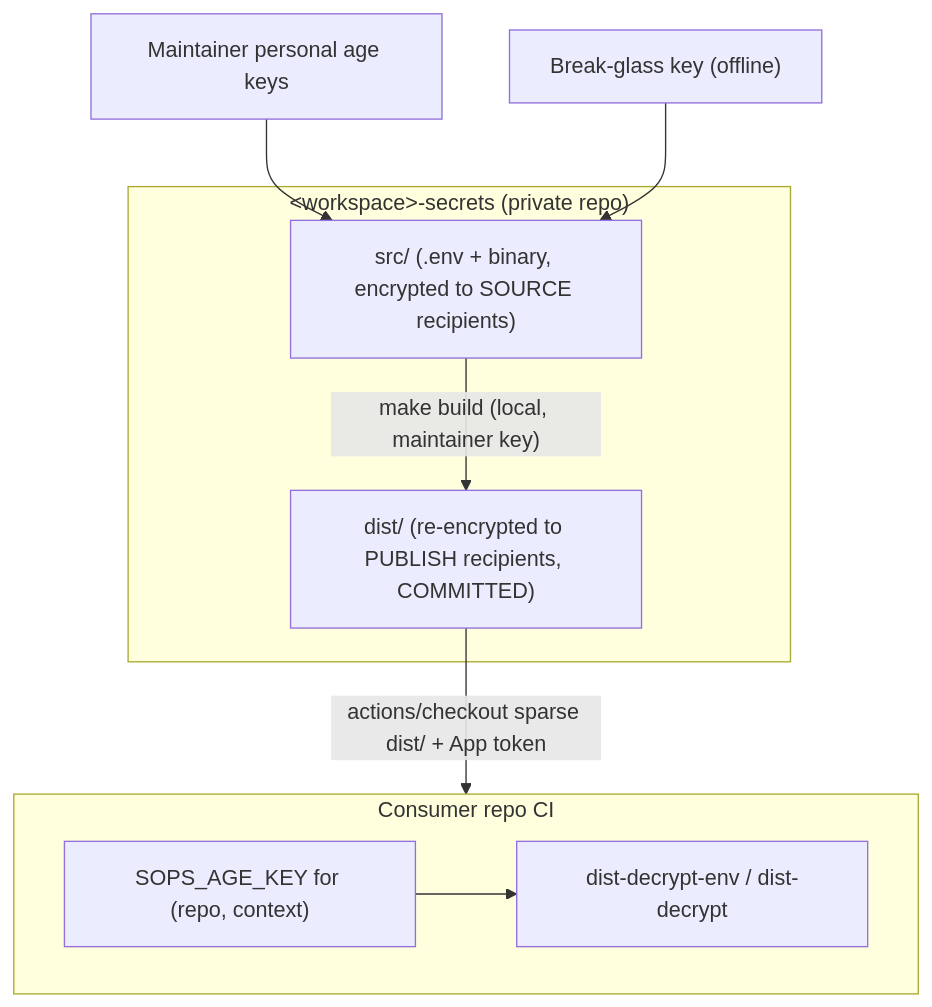
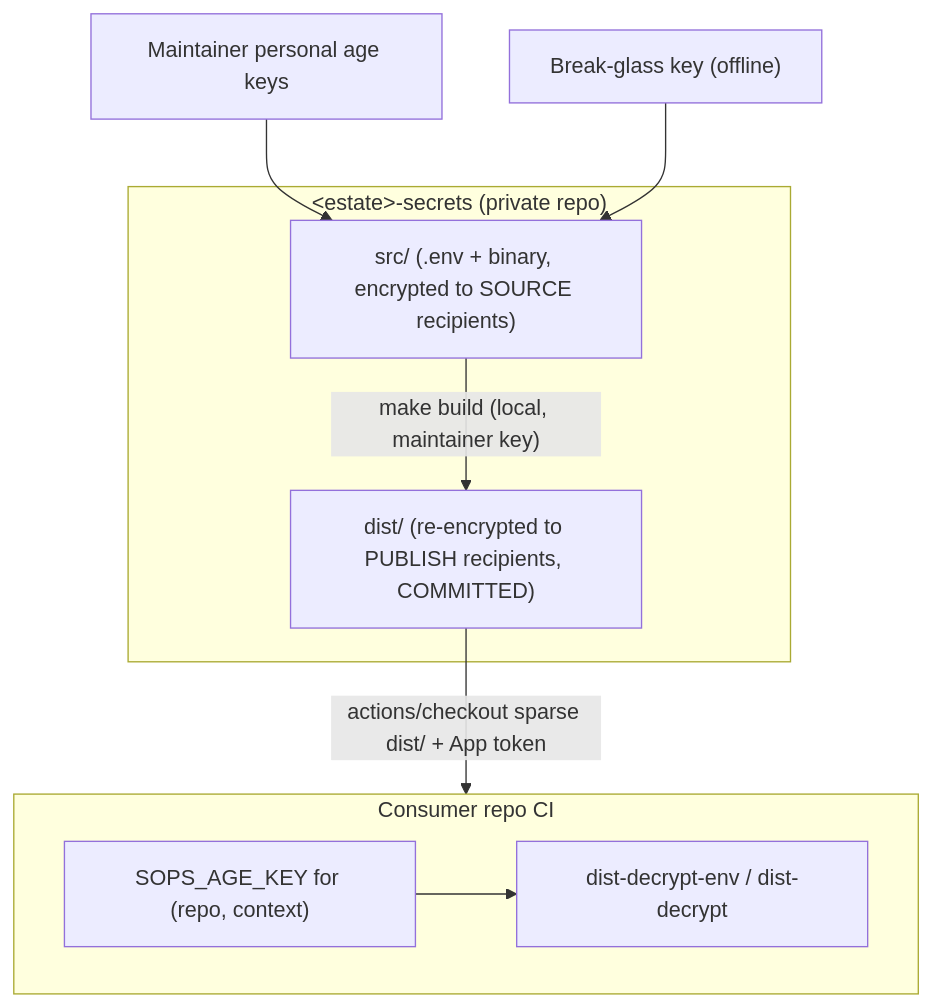
The diagram in standards/secrets/repository.md (GaryRudolph/public), drawn with Mermaid before and after one commit. The commit also changed other lines of this file and 2 other files, not shown here.

First line of the commit message:
docs(standards): use estate terminology for secrets scope

````diff
--- a/standards/secrets/repository.md
+++ b/standards/secrets/repository.md
@@ -25,18 +25,18 @@
 ```mermaid
 flowchart TD
-    subgraph repo ["&lt;workspace&gt;-secrets (private repo)"]
+    subgraph repo ["&lt;estate&gt;-secrets (private repo)"]
         src["src/ (.env + binary, encrypted to SOURCE recipients)"]
         dist["dist/ (re-encrypted to PUBLISH recipients, COMMITTED)"]
         src -->|"make build (local, maintainer key)"| dist
     end
 
     maint["Maintainer personal age keys"] --> src
     bg["Break-glass key (offline)"] --> src
 
     dist -->|"actions/checkout sparse dist/ + App token"| consumer
     subgraph consumer ["Consumer repo CI"]
         key["SOPS_AGE_KEY for (repo, context)"]
         dec["dist-decrypt-env / dist-decrypt"]
         key --> dec
     end
 ```
````
